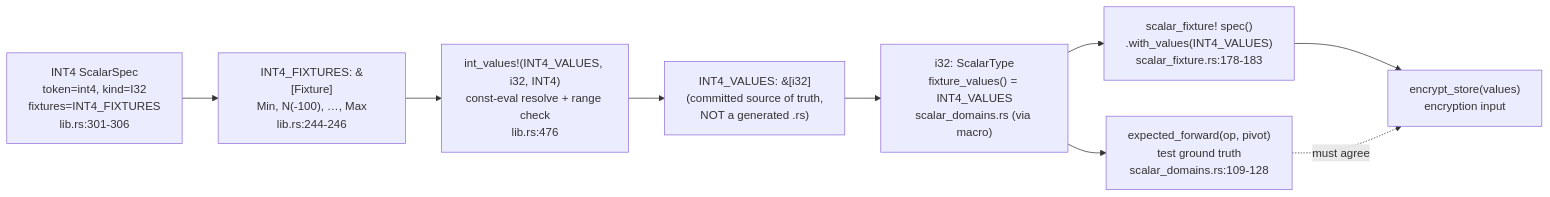
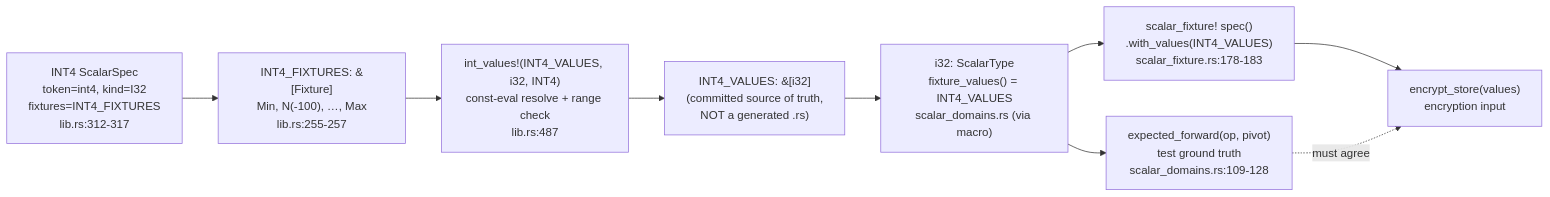
The second of 2 diagrams in docs/walkthroughs/fixture-generator.md (cipherstash/encrypt-query-language), drawn with Mermaid before and after one commit. The commit also changed other lines of this file and 1 other file, not shown here.

````diff
--- a/docs/walkthroughs/fixture-generator.md
+++ b/docs/walkthroughs/fixture-generator.md
@@ -111,18 +115,18 @@
 ```mermaid
 flowchart LR
-    ROW["INT4 ScalarSpec<br/>token=int4, kind=I32<br/>fixtures=INT4_FIXTURES<br/>lib.rs:301-306"]
-    LIST["INT4_FIXTURES: &[Fixture]<br/>Min, N(-100), …, Max<br/>lib.rs:244-246"]
-    IV["int_values!(INT4_VALUES, i32, INT4)<br/>const-eval resolve + range check<br/>lib.rs:476"]
+    ROW["INT4 ScalarSpec<br/>token=int4, kind=I32<br/>fixtures=INT4_FIXTURES<br/>lib.rs:312-317"]
+    LIST["INT4_FIXTURES: &[Fixture]<br/>Min, N(-100), …, Max<br/>lib.rs:255-257"]
+    IV["int_values!(INT4_VALUES, i32, INT4)<br/>const-eval resolve + range check<br/>lib.rs:487"]
     CONST["INT4_VALUES: &[i32]<br/>(committed source of truth,<br/>NOT a generated .rs)"]
 
     ROW --> LIST
     LIST --> IV --> CONST
 
     CONST --> ST["i32: ScalarType<br/>fixture_values() = INT4_VALUES<br/>scalar_domains.rs (via macro)"]
 
     ST --> ORACLE["expected_forward(op, pivot)<br/>test ground truth<br/>scalar_domains.rs:109-128"]
     ST --> SPECB["scalar_fixture! spec()<br/>.with_values(INT4_VALUES)<br/>scalar_fixture.rs:178-183"]
     SPECB --> ENCIN["encrypt_store(values)<br/>encryption input"]
 
     ORACLE -. "must agree" .-> ENCIN
 ```
````
